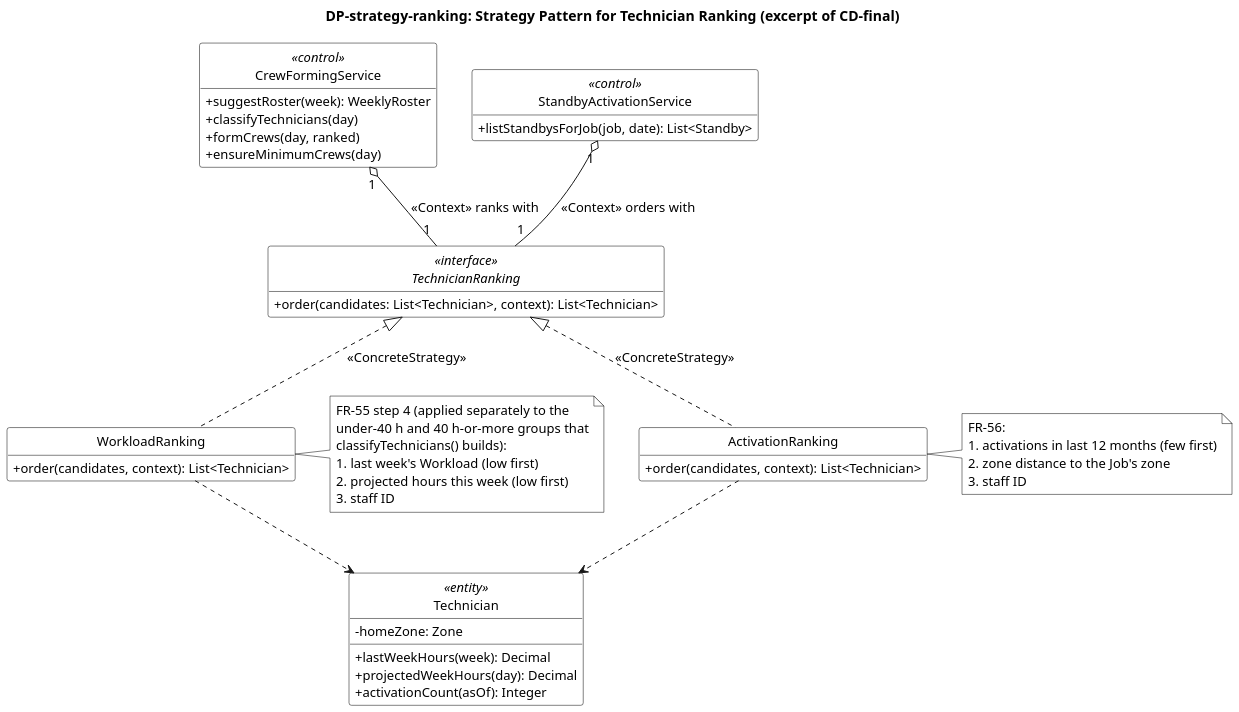
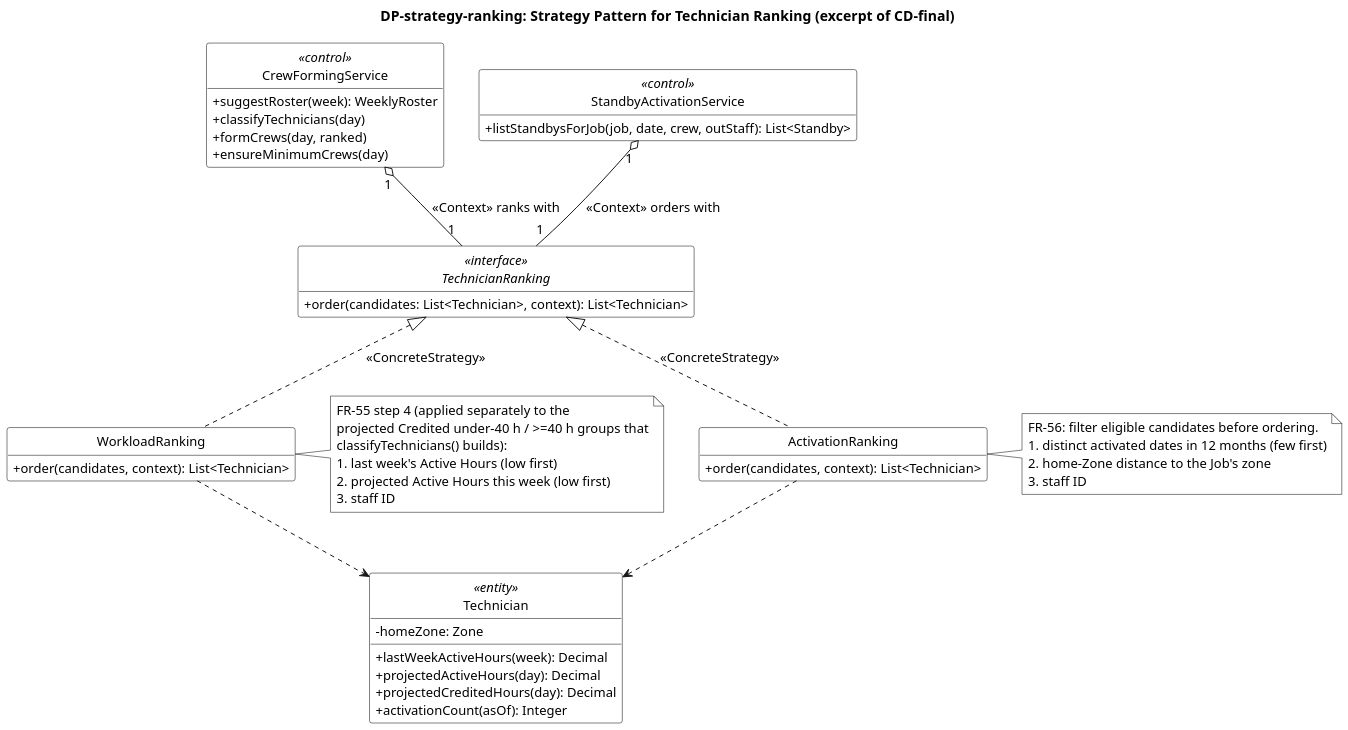
The diagram in diagrams/DP-strategy-ranking.puml (ZadeNova/inf2001-SE), drawn with PlantUML before and after one commit. The commit also changed 31 other files, not shown here.

Commit message:
Clarify M2 standby preferences, hours and duty allocation

```diff
--- a/diagrams/DP-strategy-ranking.puml
+++ b/diagrams/DP-strategy-ranking.puml
@@ -1,65 +1,66 @@
 @startuml DP-strategy-ranking
 skinparam backgroundColor white
 skinparam shadowing false
 skinparam defaultFontName Arial
 skinparam defaultFontSize 13
 skinparam dpi 150
 skinparam classAttributeIconSize 0
 skinparam classBackgroundColor white
 skinparam classBorderColor black
 skinparam noteBackgroundColor white
 skinparam noteBorderColor black
 hide circle
 hide empty members
 title DP-strategy-ranking: Strategy Pattern for Technician Ranking (excerpt of CD-final)
-' Traces: FR-55, FR-56; DEC-80, DEC-81, DEC-93. Report §3.2.
+' Traces: FR-55, FR-56; DEC-80, DEC-81, DEC-93, DEC-96, DEC-97. Report §3.2.
 ' Roles: Context = CrewFormingService, StandbyActivationService; Strategy = TechnicianRanking;
 ' ConcreteStrategy = WorkloadRanking, ActivationRanking.
 
 class CrewFormingService <<control>> {
  +suggestRoster(week): WeeklyRoster
  +classifyTechnicians(day)
  +formCrews(day, ranked)
  +ensureMinimumCrews(day)
 }
 class StandbyActivationService <<control>> {
- +listStandbysForJob(job, date): List<Standby>
+ +listStandbysForJob(job, date, crew, outStaff): List<Standby>
 }
 interface TechnicianRanking <<interface>> {
  +order(candidates: List<Technician>, context): List<Technician>
 }
 class WorkloadRanking {
  +order(candidates, context): List<Technician>
 }
 class ActivationRanking {
  +order(candidates, context): List<Technician>
 }
 class Technician <<entity>> {
  -homeZone: Zone
- +lastWeekHours(week): Decimal
- +projectedWeekHours(day): Decimal
+ +lastWeekActiveHours(week): Decimal
+ +projectedActiveHours(day): Decimal
+ +projectedCreditedHours(day): Decimal
  +activationCount(asOf): Integer
 }
 
 CrewFormingService "1" o-- "1" TechnicianRanking : <<Context>> ranks with
 StandbyActivationService "1" o-- "1" TechnicianRanking : <<Context>> orders with
 TechnicianRanking <|.. WorkloadRanking : <<ConcreteStrategy>>
 TechnicianRanking <|.. ActivationRanking : <<ConcreteStrategy>>
 WorkloadRanking ..> Technician
 ActivationRanking ..> Technician
 
 note right of WorkloadRanking
  FR-55 step 4 (applied separately to the
- under-40 h and 40 h-or-more groups that
+ projected Credited under-40 h / >=40 h groups that
  classifyTechnicians() builds):
- 1. last week's Workload (low first)
- 2. projected hours this week (low first)
+ 1. last week's Active Hours (low first)
+ 2. projected Active Hours this week (low first)
  3. staff ID
 end note
 note right of ActivationRanking
- FR-56:
- 1. activations in last 12 months (few first)
- 2. zone distance to the Job's zone
+ FR-56: filter eligible candidates before ordering.
+ 1. distinct activated dates in 12 months (few first)
+ 2. home-Zone distance to the Job's zone
  3. staff ID
 end note
 @enduml
```
